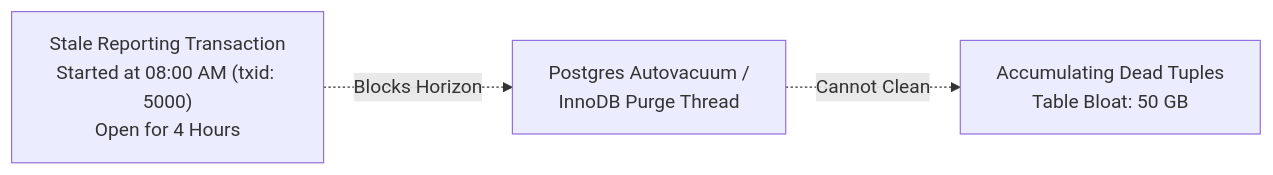
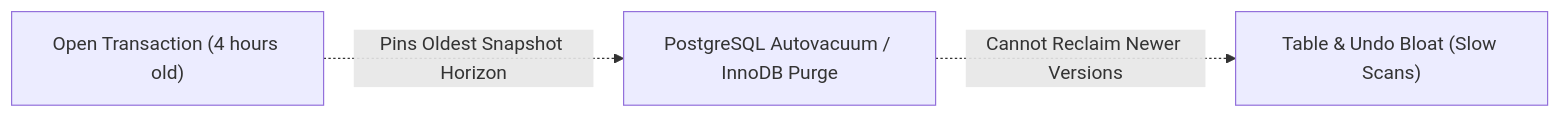
One commit to ravishankar2463/java_hub changed the fourth of 4 diagrams in content/roadmap/level-7/database-engine-internals-b-trees-and-mvcc.md. Above: the diagram before and after it, drawn with Mermaid. The commit also changed other lines of this file and 119 other files, not shown here.

Commit message:
feat: add comprehensive java learning roadmap content across multiple levels

````diff
--- a/content/roadmap/level-7/database-engine-internals-b-trees-and-mvcc.md
+++ b/content/roadmap/level-7/database-engine-internals-b-trees-and-mvcc.md
@@ -312,9 +343,5 @@
 ```mermaid
 flowchart LR
-    LongTx["Stale Reporting Transaction<br/>Started at 08:00 AM (txid: 5000)<br/>Open for 4 Hours"]
-    VacuumEngine["Postgres Autovacuum /<br/>InnoDB Purge Thread"]
-    DeadTuples["Accumulating Dead Tuples<br/>Table Bloat: 50 GB"]
-
-    LongTx -.->|Blocks Horizon| VacuumEngine
-    VacuumEngine -.->|Cannot Clean| DeadTuples
+    LongTx["Open Transaction (4 hours old)"] -.->|"Pins Oldest Snapshot Horizon"| Cleaner["PostgreSQL Autovacuum / InnoDB Purge"]
+    Cleaner -.->|"Cannot Reclaim Newer Versions"| Bloat["Table & Undo Bloat (Slow Scans)"]
 ```
````
